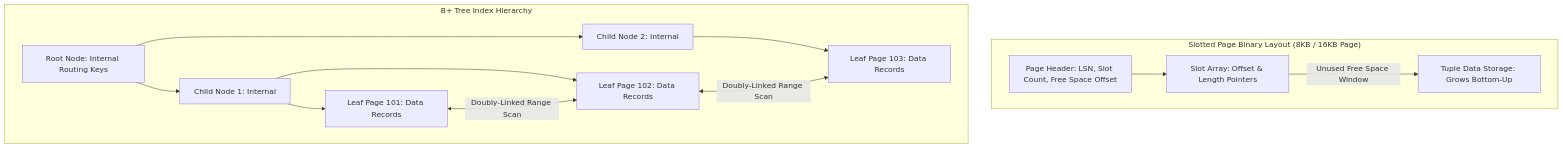
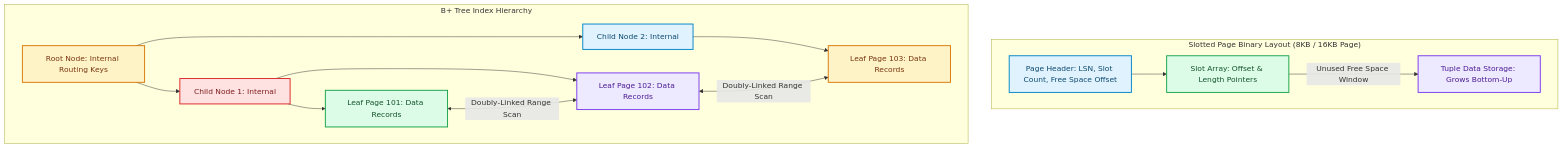
The diagram in blog/posts/b-plus-tree-index-engineering-page-layouts-buffer-pools.md (akmalkhaniub/akmalkhaniub.github.io), drawn with Mermaid before and after one commit. The commit also changed other lines of this file and 1291 other files, not shown here.

First line of the commit message:
feat(catalog): unique covers, scholarly references, and diagram palettes

````diff
--- a/blog/posts/b-plus-tree-index-engineering-page-layouts-buffer-pools.md
+++ b/blog/posts/b-plus-tree-index-engineering-page-layouts-buffer-pools.md
@@ -17,19 +17,30 @@
 ```mermaid
 flowchart TD
   subgraph SG1_SlottedPageBinary ["Slotted Page Binary Layout (8KB / 16KB Page)"]
-    A[Page Header: LSN, Slot Count, Free Space Offset] --> B[Slot Array: Offset & Length Pointers]
-    B -->|Unused Free Space Window| C[Tuple Data Storage: Grows Bottom-Up]
+    A["Page Header: LSN, Slot Count, Free Space Offset"] --> B["Slot Array: Offset & Length Pointers"]
+    B -->|Unused Free Space Window| C["Tuple Data Storage: Grows Bottom-Up"]
   end
   
   subgraph SG2_BTreeIndex ["B+ Tree Index Hierarchy"]
-    D[Root Node: Internal Routing Keys] --> E[Child Node 1: Internal]
-    D --> F[Child Node 2: Internal]
+    D["Root Node: Internal Routing Keys"] --> E["Child Node 1: Internal"]
+    D --> F["Child Node 2: Internal"]
     
-    E --> G[Leaf Page 101: Data Records]
-    E --> H[Leaf Page 102: Data Records]
-    F --> I[Leaf Page 103: Data Records]
+    E --> G["Leaf Page 101: Data Records"]
+    E --> H["Leaf Page 102: Data Records"]
+    F --> I["Leaf Page 103: Data Records"]
     
     G <-->|Doubly-Linked Range Scan| H
     H <-->|Doubly-Linked Range Scan| I
   end
+
+classDef green fill:#dcfce7,stroke:#16a34a,stroke-width:2px,color:#14532d;
+classDef red fill:#fee2e2,stroke:#dc2626,stroke-width:2px,color:#7f1d1d;
+classDef blue fill:#e0f2fe,stroke:#0284c7,stroke-width:2px,color:#0c4a6e;
+classDef yellow fill:#fef3c7,stroke:#d97706,stroke-width:2px,color:#78350f;
+classDef purple fill:#ede9fe,stroke:#7c3aed,stroke-width:2px,color:#4c1d95;
+class A,F blue
+class B,G green
+class C,H purple
+class D,I yellow
+class E red
 ```
````
